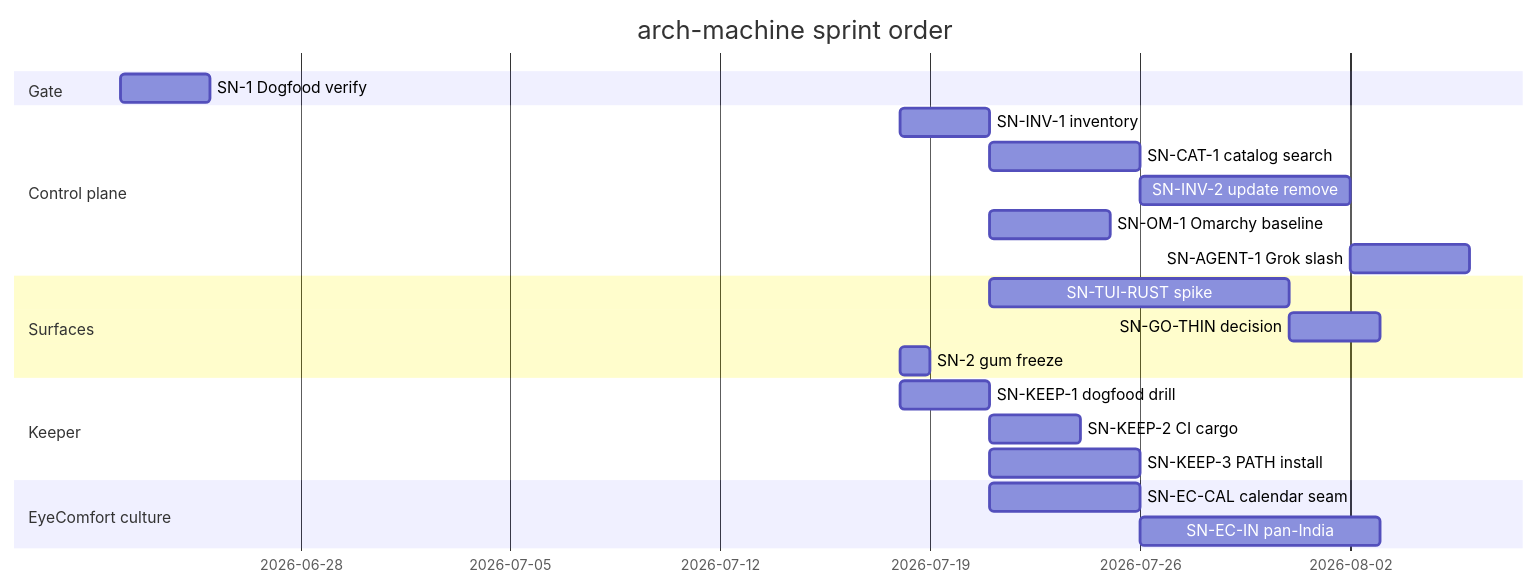
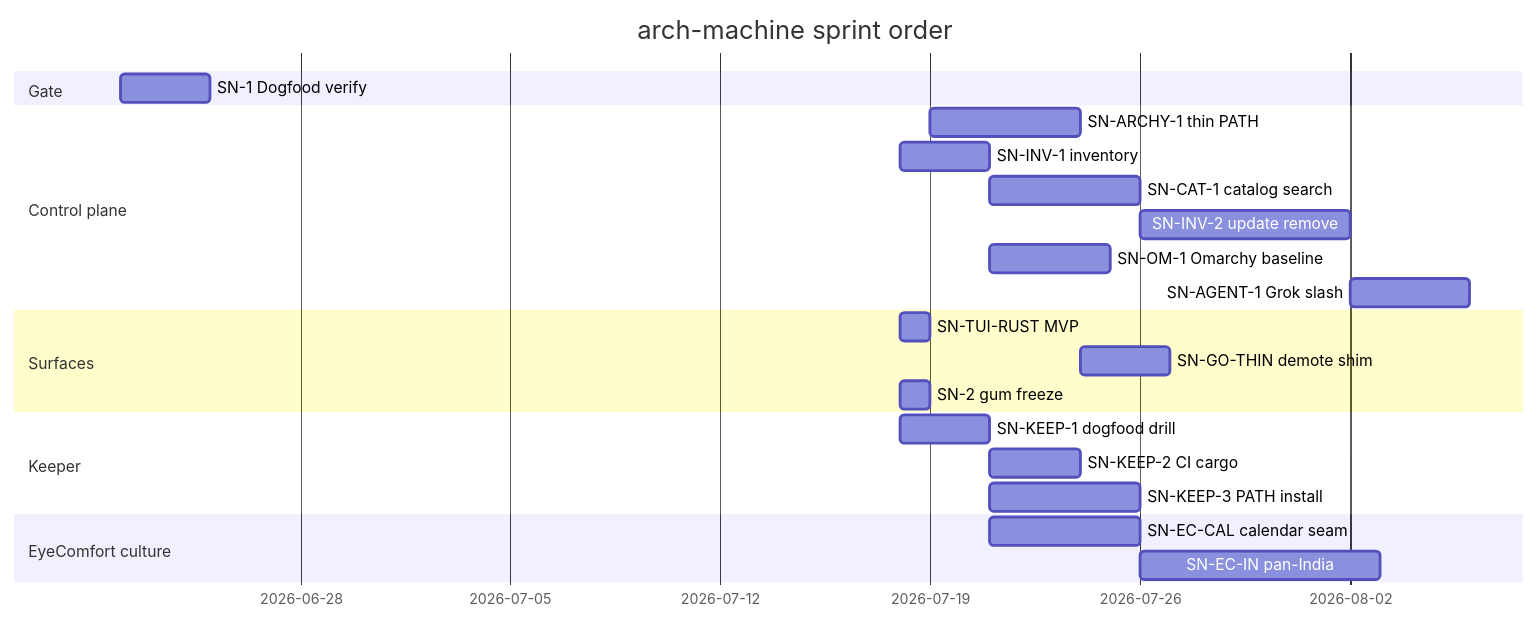
Before and after one commit to p10ns11y/arch-machine: the ninth of 9 diagrams in arch-design/coming-next.md, drawn with Mermaid. The commit also changed other lines of this file and 3 other files, not shown here.

First line of the commit message:
docs: center archy as main controller; demote tinfoil shim

````diff
--- a/arch-design/coming-next.md
+++ b/arch-design/coming-next.md
@@ -379,24 +418,25 @@
 ```mermaid
 gantt
   title arch-machine sprint order
   dateFormat YYYY-MM-DD
   section Gate
   SN-1 Dogfood verify     :sn1, 2026-06-22, 3d
   section Control plane
+  SN-ARCHY-1 thin PATH    :a1, 2026-07-19, 5d
   SN-INV-1 inventory      :inv1, 2026-07-18, 3d
   SN-CAT-1 catalog search :cat1, after inv1, 5d
   SN-INV-2 update remove  :inv2, after cat1, 7d
   SN-OM-1 Omarchy baseline:om1, after inv1, 4d
   SN-AGENT-1 Grok slash   :ag1, after inv2, 4d
   section Surfaces
-  SN-TUI-RUST spike       :rust, after inv1, 10d
-  SN-GO-THIN decision     :go, after rust, 3d
+  SN-TUI-RUST MVP         :rust, 2026-07-18, 1d
+  SN-GO-THIN demote shim  :go, after a1, 3d
   SN-2 gum freeze         :sn2, 2026-07-18, 1d
   section Keeper
   SN-KEEP-1 dogfood drill :k1, 2026-07-18, 3d
   SN-KEEP-2 CI cargo      :k2, after k1, 3d
   SN-KEEP-3 PATH install  :k3, after k1, 5d
   section EyeComfort culture
   SN-EC-CAL calendar seam :eccal, after inv1, 5d
   SN-EC-IN pan-India      :ecin, after eccal, 8d
 ```
````
